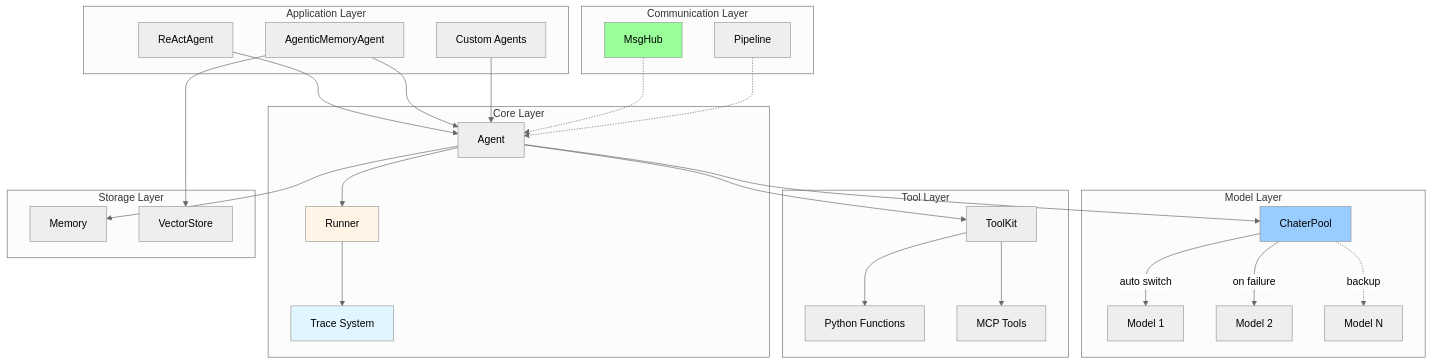
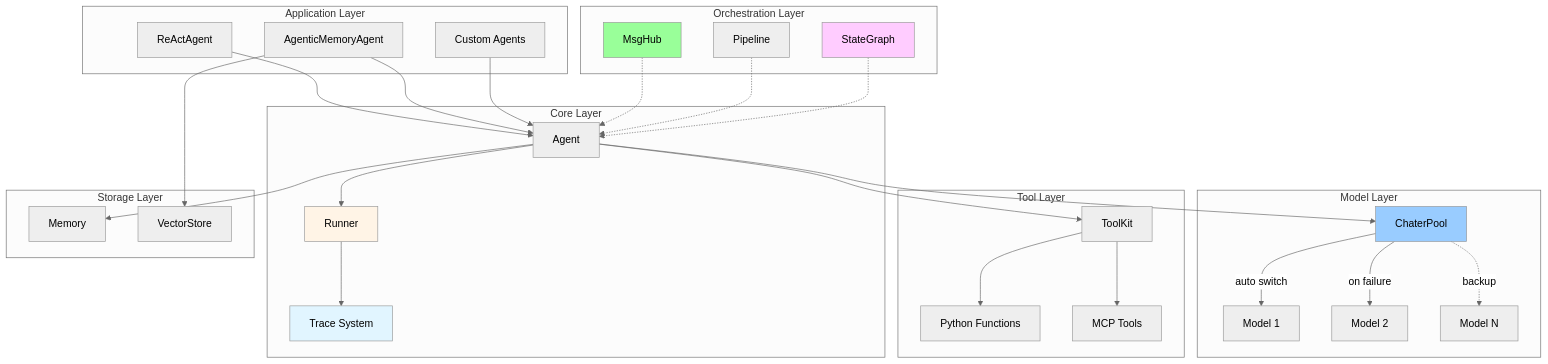
The diagram in README.md (aixiasang/qagent), drawn with Mermaid (neutral theme) before and after one commit. The commit also changed other lines of this file and 5 other files, not shown here.

````diff
--- a/README.md
+++ b/README.md
@@ -65,65 +95,68 @@
 ```mermaid
 graph TB
     subgraph Application["Application Layer"]
         ReActAgent[ReActAgent]
         AgenticMem[AgenticMemoryAgent]
         CustomAgent[Custom Agents]
     end
 
     subgraph Core["Core Layer"]
         Agent[Agent]
         Runner[Runner]
         Trace[Trace System]
     end
 
     subgraph Model["Model Layer"]
         ChaterPool[ChaterPool]
         Chater1[Model 1]
         Chater2[Model 2]
         ChaterN[Model N]
 
         ChaterPool -->|auto switch| Chater1
         ChaterPool -->|on failure| Chater2
         ChaterPool -.->|backup| ChaterN
     end
 
     subgraph Tools["Tool Layer"]
         ToolKit[ToolKit]
         PythonFunc[Python Functions]
         MCPTools[MCP Tools]
 
         ToolKit --> PythonFunc
         ToolKit --> MCPTools
     end
 
     subgraph Storage["Storage Layer"]
         Memory[Memory]
         VectorStore[VectorStore]
     end
 
-    subgraph Communication["Communication Layer"]
+    subgraph Orchestration["Orchestration Layer"]
         MsgHub[MsgHub]
         Pipeline[Pipeline]
+        Workflow[StateGraph]
     end
 
     ReActAgent --> Agent
     AgenticMem --> Agent
     CustomAgent --> Agent
 
     Agent --> Runner
     Agent --> ChaterPool
     Agent --> ToolKit
     Agent --> Memory
 
     Runner --> Trace
 
     AgenticMem --> VectorStore
 
     MsgHub -.-> Agent
     Pipeline -.-> Agent
+    Workflow -.-> Agent
 
     style Trace fill:#e1f5ff
     style Runner fill:#fff4e6
     style ChaterPool fill:#99ccff
     style MsgHub fill:#99ff99
+    style Workflow fill:#ffccff
 ```
````
